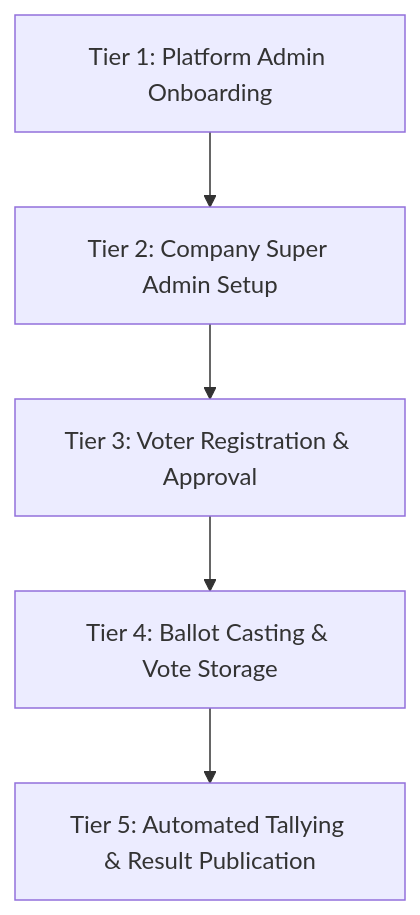
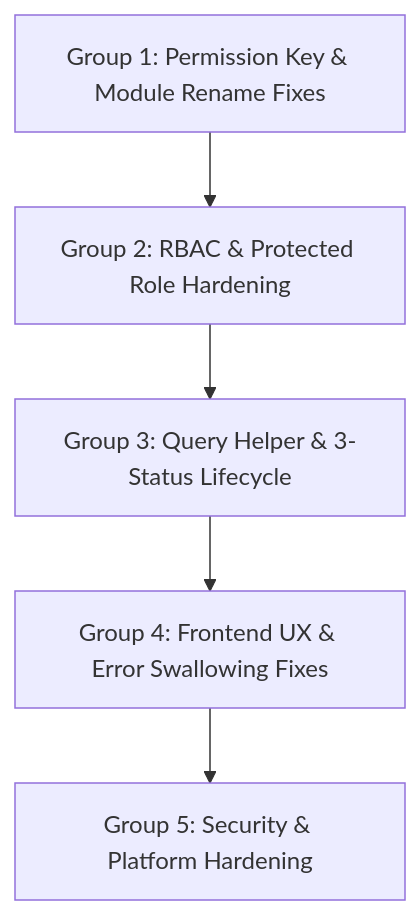
The second of 2 diagrams in docs/01_SYSTEM_WORKFLOW_AND_ARCHITECTURE.md (purvaphadol/voatz), drawn with Mermaid before and after one commit. The commit also changed other lines of this file and 40 other files, not shown here.

````diff
--- a/docs/01_SYSTEM_WORKFLOW_AND_ARCHITECTURE.md
+++ b/docs/01_SYSTEM_WORKFLOW_AND_ARCHITECTURE.md
@@ -22,7 +83,7 @@
 ```mermaid
 graph TD
-    A[Tier 1: Platform Admin Onboarding] --> B[Tier 2: Company Super Admin Setup]
-    B --> C[Tier 3: Voter Registration & Approval]
-    C --> D[Tier 4: Ballot Casting & Vote Storage]
-    D --> E[Tier 5: Automated Tallying & Result Publication]
+    C1[Group 1: Permission Key & Module Rename Fixes] --> C2[Group 2: RBAC & Protected Role Hardening]
+    C2 --> C3[Group 3: Query Helper & 3-Status Lifecycle]
+    C3 --> C4[Group 4: Frontend UX & Error Swallowing Fixes]
+    C4 --> C5[Group 5: Security & Platform Hardening]
 ```
````
